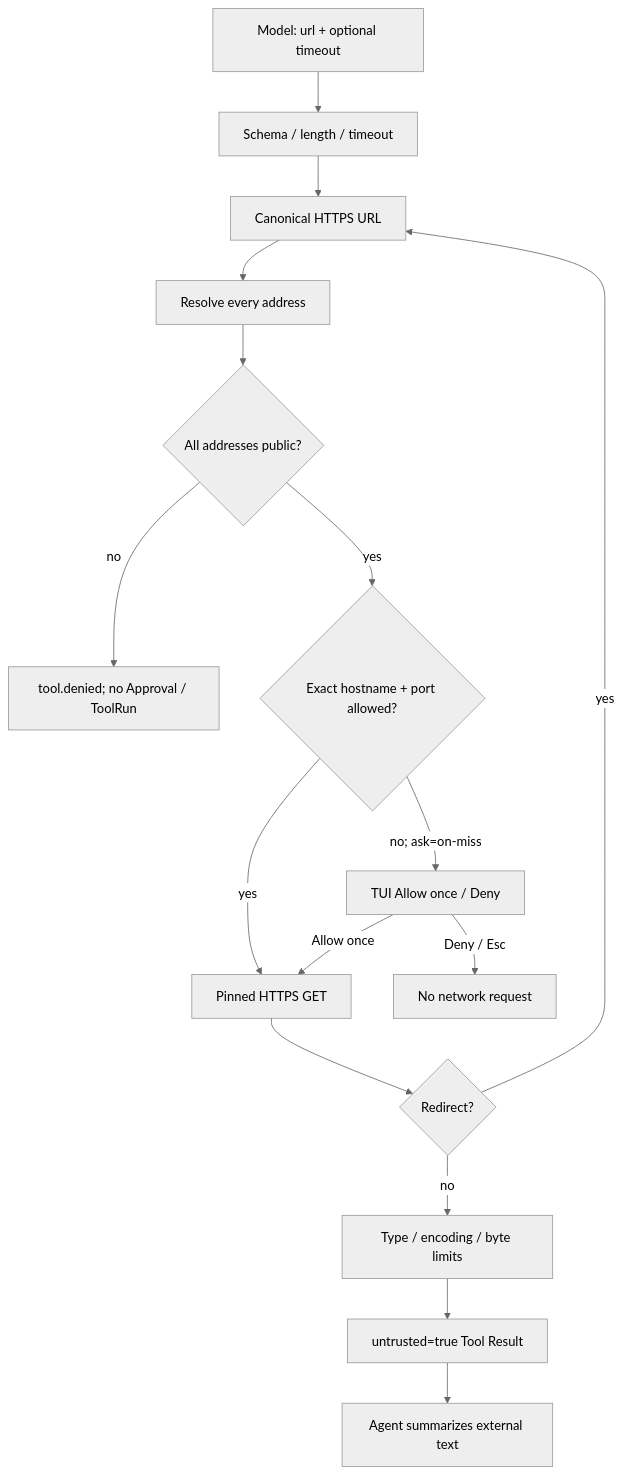
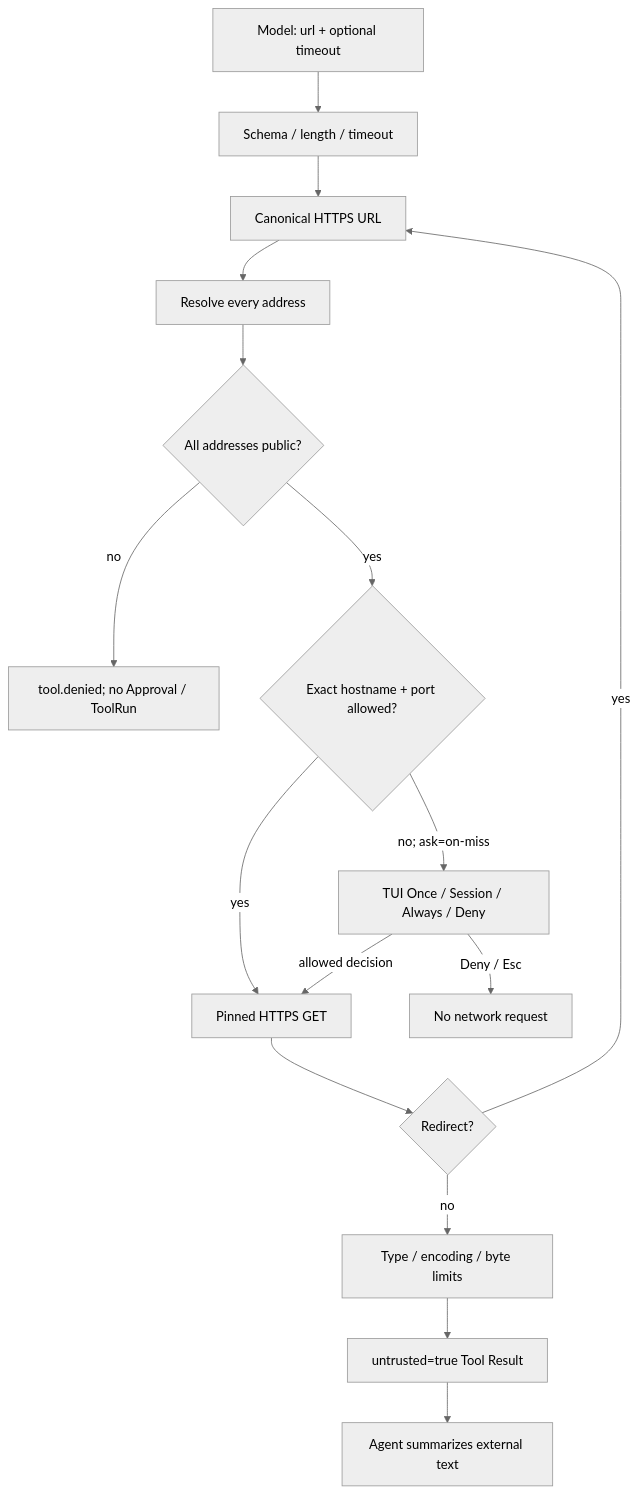
Before and after one commit to NEDONION/lobster0: the first of 2 diagrams in docs/engineering/phase-2/https-get-and-ssrf.md, drawn with Mermaid (neutral theme). The commit also changed other lines of this file and 18 other files, not shown here.

````diff
--- a/docs/engineering/phase-2/https-get-and-ssrf.md
+++ b/docs/engineering/phase-2/https-get-and-ssrf.md
@@ -32,18 +32,18 @@
 ```mermaid
 flowchart TD
     CALL["Model: url + optional timeout"] --> VALIDATE["Schema / length / timeout"]
     VALIDATE --> URL["Canonical HTTPS URL"]
     URL --> DNS["Resolve every address"]
     DNS --> PUBLIC{"All addresses public?"}
     PUBLIC -->|"no"| DENY["tool.denied; no Approval / ToolRun"]
     PUBLIC -->|"yes"| RULE{"Exact hostname + port allowed?"}
     RULE -->|"yes"| FETCH["Pinned HTTPS GET"]
-    RULE -->|"no; ask=on-miss"| MODAL["TUI Allow once / Deny"]
-    MODAL -->|"Allow once"| FETCH
+    RULE -->|"no; ask=on-miss"| MODAL["TUI Once / Session / Always / Deny"]
+    MODAL -->|"allowed decision"| FETCH
     MODAL -->|"Deny / Esc"| STOP["No network request"]
     FETCH --> REDIRECT{"Redirect?"}
     REDIRECT -->|"yes"| URL
     REDIRECT -->|"no"| BOUND["Type / encoding / byte limits"]
     BOUND --> RESULT["untrusted=true Tool Result"]
     RESULT --> MODEL["Agent summarizes external text"]
 ```
````
